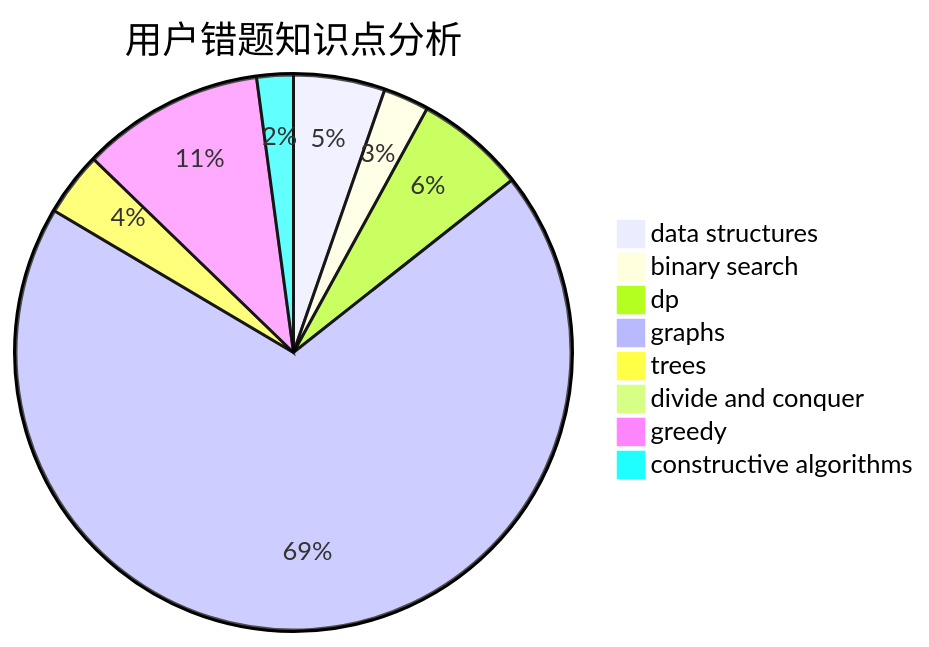
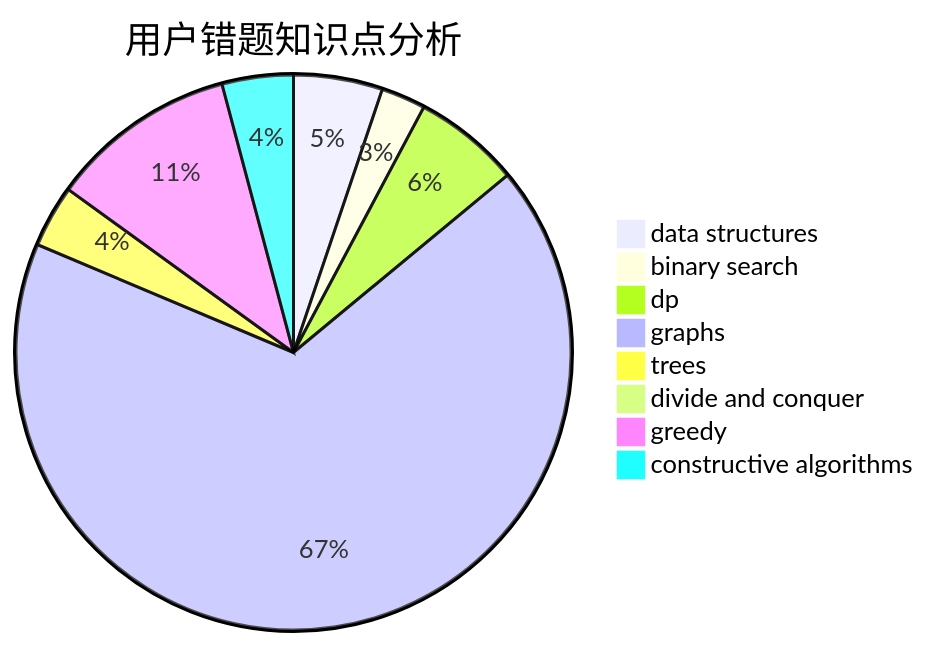
One commit to sherpahu/cfrs.github.io changed the third of 3 diagrams in docs/user/u38.md. Above: the diagram before and after it, drawn with Mermaid. The commit also changed other lines of this file and 2770 other files, not shown here.

````diff
--- a/docs/user/u38.md
+++ b/docs/user/u38.md
@@ -36,11 +36,11 @@
 ```mermaid
 pie title 用户错题知识点分析
     "data structures" :  10
     "binary search" :  5
     "dp" :  12
     "graphs" :  130
     "trees" :  7
     "divide and conquer" :  1
-    "greedy" :  20
-    "constructive algorithms" :  4
+    "greedy" :  21
+    "constructive algorithms" :  8
 ```
````
